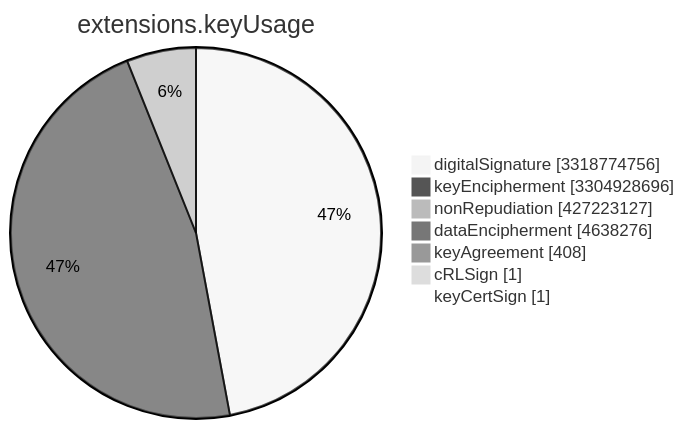
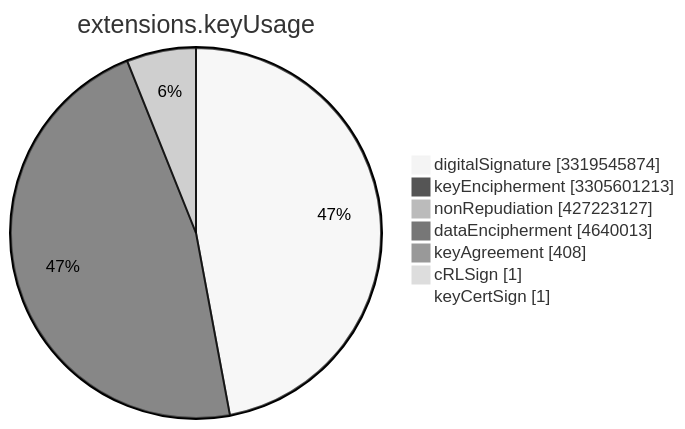
The sixth of 15 diagrams in TOTAL/README.md (christiankrug/ctmonitor_visualization), drawn with Mermaid (neutral theme) before and after one commit. The commit also changed other lines of this file, not shown here.

````diff
--- a/TOTAL/README.md
+++ b/TOTAL/README.md
@@ -3078,11 +3078,11 @@
 ```mermaid
 pie showData
 title extensions.keyUsage
-"digitalSignature" :3318774756
-"keyEncipherment" :3304928696
+"digitalSignature" :3319545874
+"keyEncipherment" :3305601213
 "nonRepudiation" :427223127
-"dataEncipherment" :4638276
+"dataEncipherment" :4640013
 "keyAgreement" :408
 "cRLSign" :1
 "keyCertSign" :1
 ```
````
